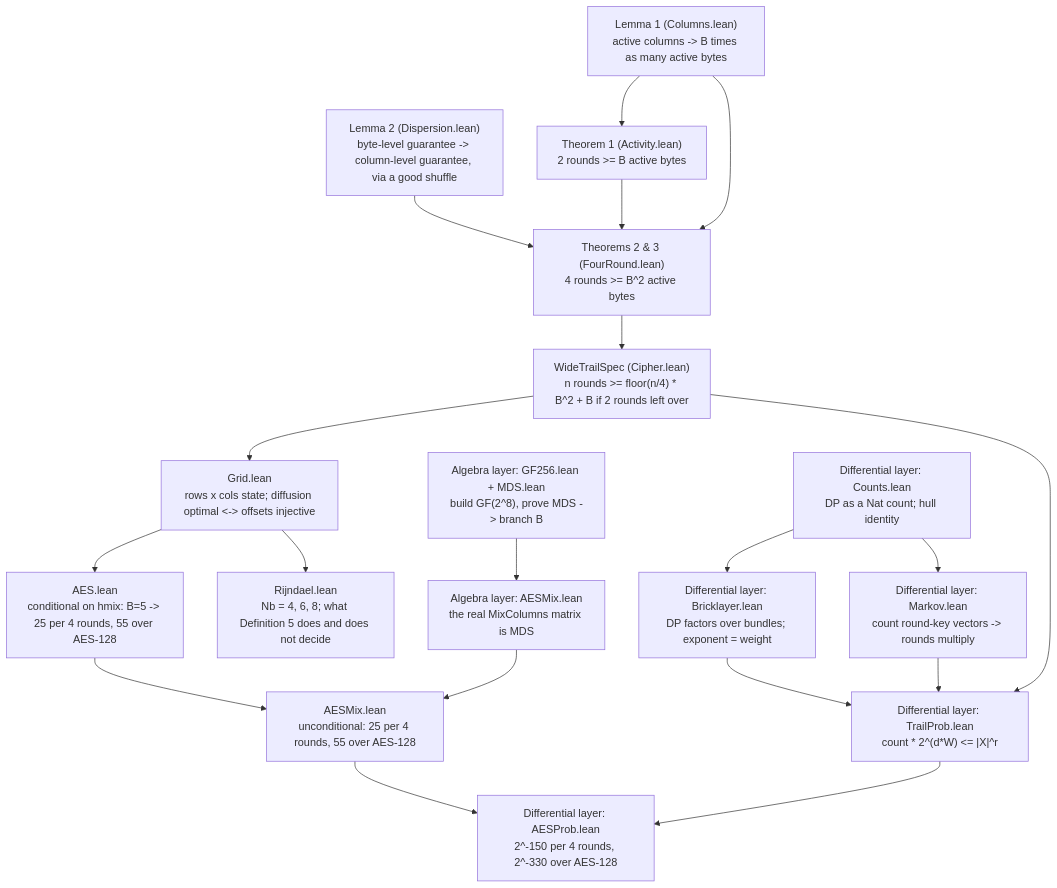
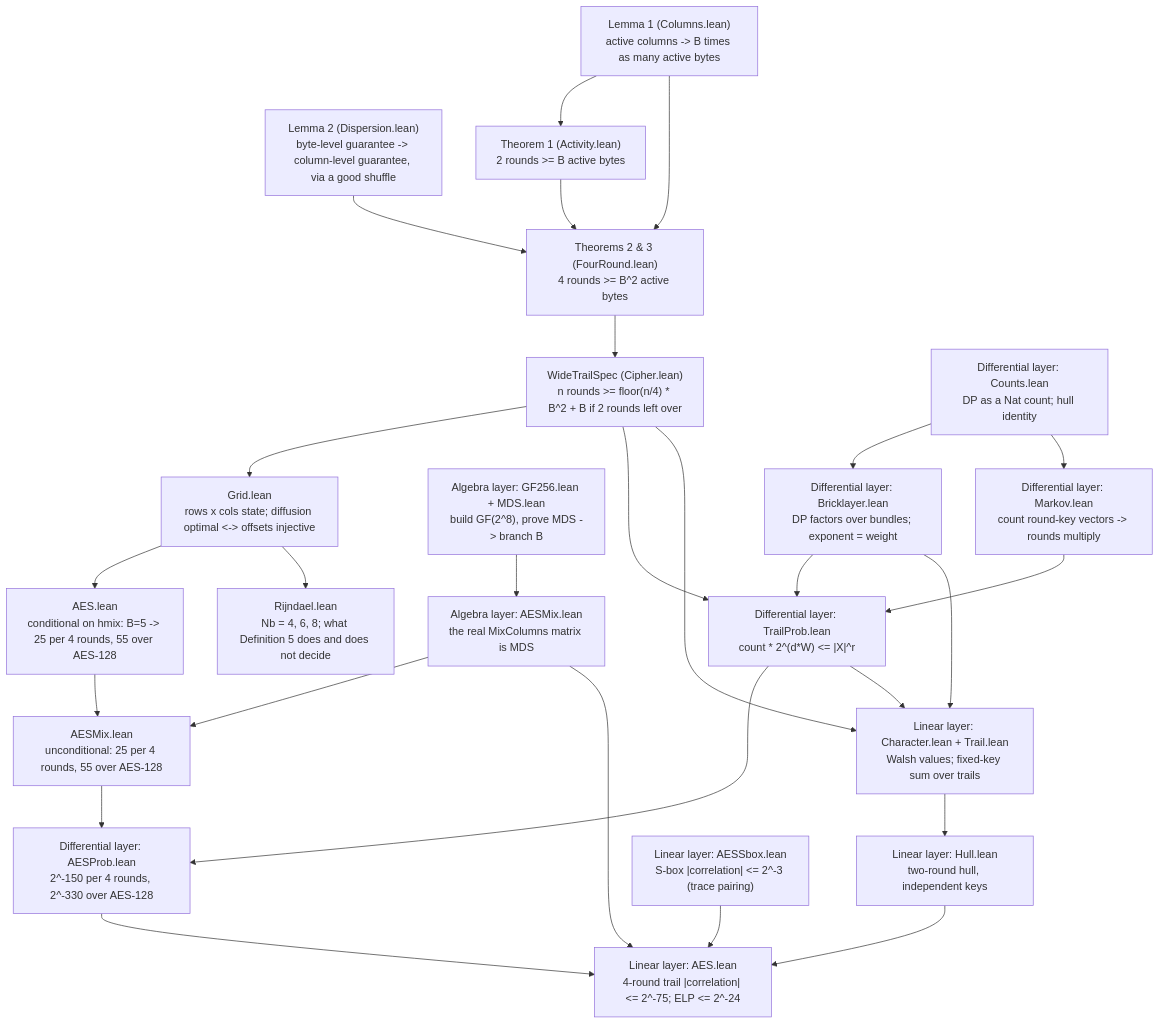
Before and after one commit to 4waan/Wide-Trail-formal-verification: the second of 2 diagrams in README.md, drawn with Mermaid. The commit also changed other lines of this file and 2 other files, not shown here.

First line of the commit message:
docs(linear): document the linear layer and its bounds

````diff
--- a/README.md
+++ b/README.md
@@ -680,38 +830,50 @@
 ```mermaid
 flowchart TD
     L1["Lemma 1 (Columns.lean)\nactive columns -> B times as many active bytes"]
     L2["Lemma 2 (Dispersion.lean)\nbyte-level guarantee -> column-level guarantee, via a good shuffle"]
     T1["Theorem 1 (Activity.lean)\n2 rounds >= B active bytes"]
     T4["Theorems 2 & 3 (FourRound.lean)\n4 rounds >= B^2 active bytes"]
     SPEC["WideTrailSpec (Cipher.lean)\nn rounds >= floor(n/4) * B^2 + B if 2 rounds left over"]
     GRID["Grid.lean\nrows x cols state; diffusion optimal <-> offsets injective"]
     AES["AES.lean\nconditional on hmix: B=5 -> 25 per 4 rounds, 55 over AES-128"]
     RIJ["Rijndael.lean\nNb = 4, 6, 8; what Definition 5 does and does not decide"]
     GFMDS["Algebra layer: GF256.lean + MDS.lean\nbuild GF(2^8), prove MDS -> branch B"]
     AESMIX["Algebra layer: AESMix.lean\nthe real MixColumns matrix is MDS"]
     CONCRETE["AESMix.lean\nunconditional: 25 per 4 rounds, 55 over AES-128"]
     DIFF["Differential layer: Counts.lean\nDP as a Nat count; hull identity"]
     BRICK["Differential layer: Bricklayer.lean\nDP factors over bundles; exponent = weight"]
     MARKOV["Differential layer: Markov.lean\ncount round-key vectors -> rounds multiply"]
     TPROB["Differential layer: TrailProb.lean\ncount * 2^(d*W) <= |X|^r"]
     AESPROB["Differential layer: AESProb.lean\n2^-150 per 4 rounds, 2^-330 over AES-128"]
+    LTRAIL["Linear layer: Character.lean + Trail.lean\nWalsh values; fixed-key sum over trails"]
+    LHULL["Linear layer: Hull.lean\ntwo-round hull, independent keys"]
+    LSBOX["Linear layer: AESSbox.lean\nS-box |correlation| <= 2^-3 (trace pairing)"]
+    LAES["Linear layer: AES.lean\n4-round trail |correlation| <= 2^-75; ELP <= 2^-24"]
 
     L1 --> T1
     L1 --> T4
     L2 --> T4
     T1 --> T4
     T4 --> SPEC
     SPEC --> GRID
     GRID --> AES
     GRID --> RIJ
     GFMDS --> AESMIX
     AES --> CONCRETE
     AESMIX --> CONCRETE
     DIFF --> BRICK
     DIFF --> MARKOV
     BRICK --> TPROB
     MARKOV --> TPROB
     SPEC --> TPROB
     TPROB --> AESPROB
     CONCRETE --> AESPROB
+    SPEC --> LTRAIL
+    BRICK --> LTRAIL
+    TPROB --> LTRAIL
+    LTRAIL --> LHULL
+    LHULL --> LAES
+    LSBOX --> LAES
+    AESMIX --> LAES
+    AESPROB --> LAES
 ```
````
